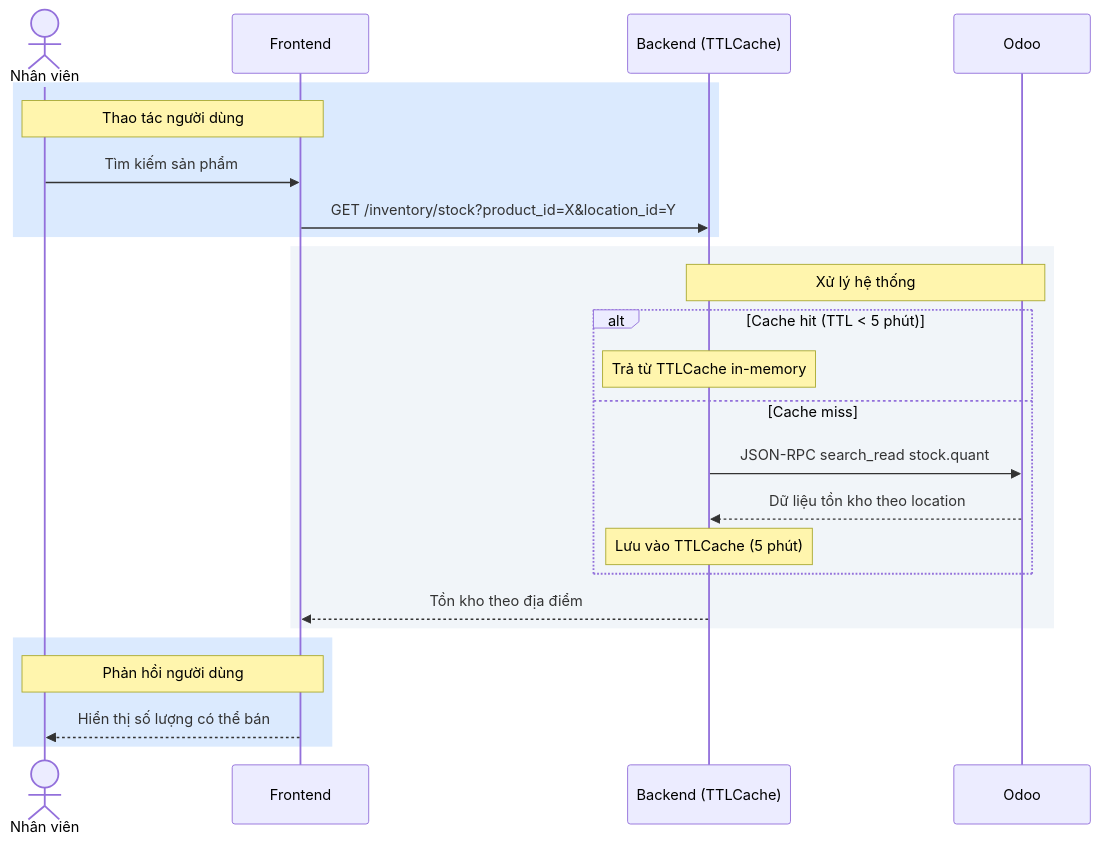
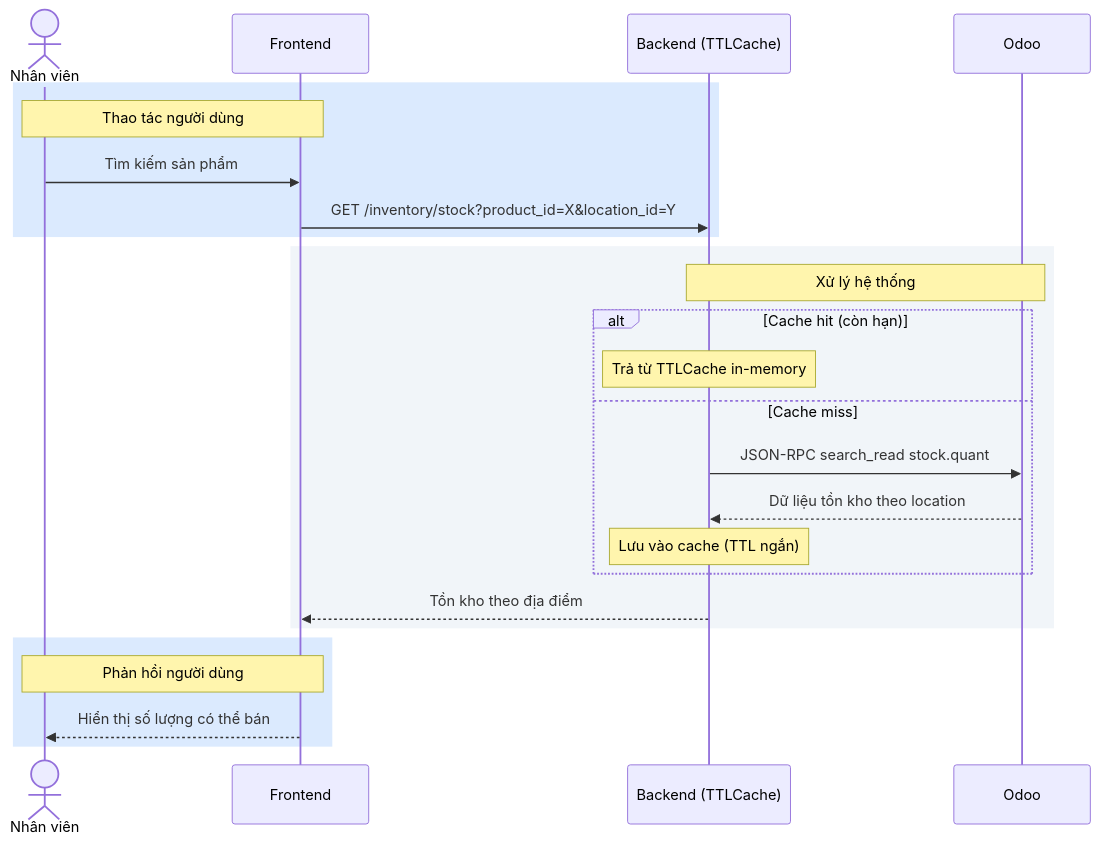
One commit to ngohuuduc/VJ_mobile_POS changed diagram 13 of 20 in process_flow.md. Above: the diagram before and after it, drawn with Mermaid. The commit also changed other lines of this file and 1 other file, not shown here.

````diff
--- a/process_flow.md
+++ b/process_flow.md
@@ -749,28 +773,28 @@
 ```mermaid
 sequenceDiagram
     actor User as Nhân viên
     participant FE as Frontend
     participant BE as Backend (TTLCache)
     participant Odoo
 
     rect rgb(219, 234, 254)
         Note over User,FE: Thao tác người dùng
         User->>FE: Tìm kiếm sản phẩm
         FE->>BE: GET /inventory/stock?product_id=X&location_id=Y
     end
     rect rgb(241, 245, 249)
         Note over BE,Odoo: Xử lý hệ thống
-        alt Cache hit (TTL < 5 phút)
+        alt Cache hit (còn hạn)
             Note over BE: Trả từ TTLCache in-memory
         else Cache miss
             BE->>Odoo: JSON-RPC search_read stock.quant
             Odoo-->>BE: Dữ liệu tồn kho theo location
-            Note over BE: Lưu vào TTLCache (5 phút)
+            Note over BE: Lưu vào cache (TTL ngắn)
         end
         BE-->>FE: Tồn kho theo địa điểm
     end
     rect rgb(219, 234, 254)
         Note over FE,User: Phản hồi người dùng
         FE-->>User: Hiển thị số lượng có thể bán
     end
 ```
````
